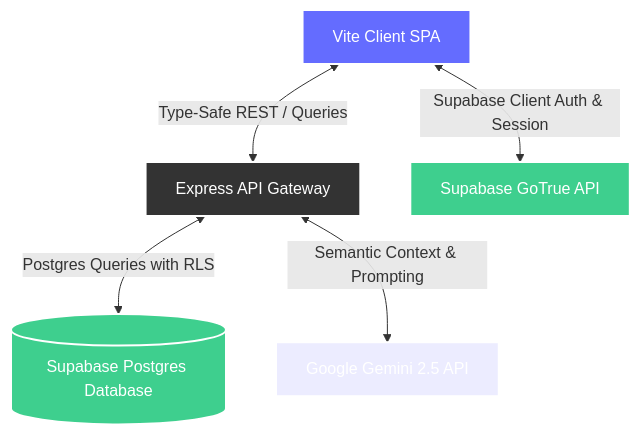
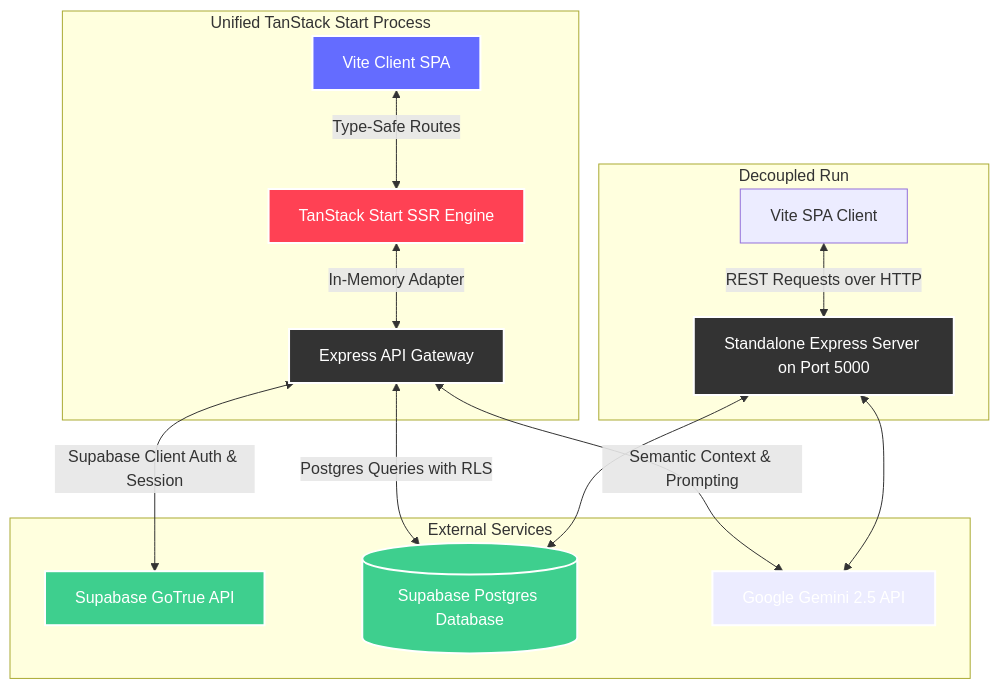
The diagram in README.md (Nagasai-197/flowpilot-ai), drawn with Mermaid before and after one commit. The commit also changed other lines of this file, not shown here.

````diff
--- a/README.md
+++ b/README.md
@@ -75,13 +78,27 @@
 ```mermaid
 graph TD
-  A[Vite Client SPA] <-->|Type-Safe REST / Queries| B[Express API Gateway]
-  A <-->|Supabase Client Auth & Session| C[Supabase GoTrue API]
-  B <-->|Postgres Queries with RLS| D[(Supabase Postgres Database)]
-  B <-->|Semantic Context & Prompting| E[Google Gemini 2.5 API]
+  subgraph Unified Run [Unified TanStack Start Process]
+    A[Vite Client SPA] <-->|Type-Safe Routes| AS[TanStack Start SSR Engine]
+    AS <-->|In-Memory Adapter| B[Express API Gateway]
+  end
 
+  subgraph External Services
+    B <-->|Supabase Client Auth & Session| C[Supabase GoTrue API]
+    B <-->|Postgres Queries with RLS| D[(Supabase Postgres Database)]
+    B <-->|Semantic Context & Prompting| E[Google Gemini 2.5 API]
+  end
+
+  subgraph Standalone Alternative [Decoupled Run]
+    F[Vite SPA Client] <-->|REST Requests over HTTP| G[Standalone Express Server on Port 5000]
+    G <--> D
+    G <--> E
+  end
+
+  style AS fill:#FF4154,stroke:#fff,stroke-width:2px,color:#fff
   style A fill:#646CFF,stroke:#fff,stroke-width:2px,color:#fff
   style B fill:#333333,stroke:#fff,stroke-width:2px,color:#fff
   style C fill:#3ECF8E,stroke:#fff,stroke-width:2px,color:#fff
   style D fill:#3ECF8E,stroke:#fff,stroke-width:2px,color:#fff
   style E fill:#orange,stroke:#fff,stroke-width:2px,color:#fff
+  style G fill:#333333,stroke:#fff,stroke-width:2px,color:#fff
 ```
````
